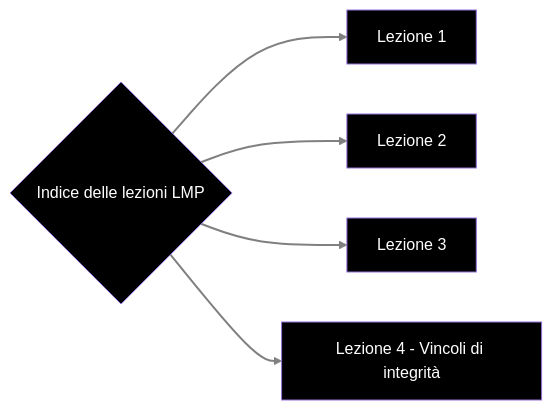
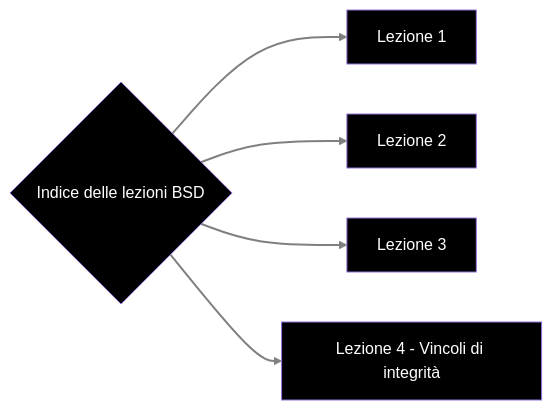
One commit to francosalvucci14/Appunti-II-anno changed the diagram in Appunti BSD/MOD I/Indice delle lezioni BSD.md. Above: the diagram before and after it, drawn with Mermaid. The commit also changed 3 other files, not shown here.

````diff
--- a/Appunti BSD/MOD I/Indice delle lezioni BSD.md
+++ b/Appunti BSD/MOD I/Indice delle lezioni BSD.md
@@ -9,18 +9,18 @@
 ```mermaid
 graph LR
-	A{Indice delle lezioni LMP}
+	A{Indice delle lezioni BSD}
 	B[Lezione 1]
 	C[Lezione 2]
 	D[Lezione 3]
 	E[Lezione 4 - Vincoli di integrità]
 	
 	linkStyle default stroke-width:2px,fill:none,stroke:grey,color:red
 
 	style A fill:black, color:#fff
 	style B fill:black, color:#fff
 	style C fill:black, color:#fff
 	style D fill:black, color:#fff
 	style E fill:black, color:#fff
 	A-->B & C & D & E
 	
 ```
````
